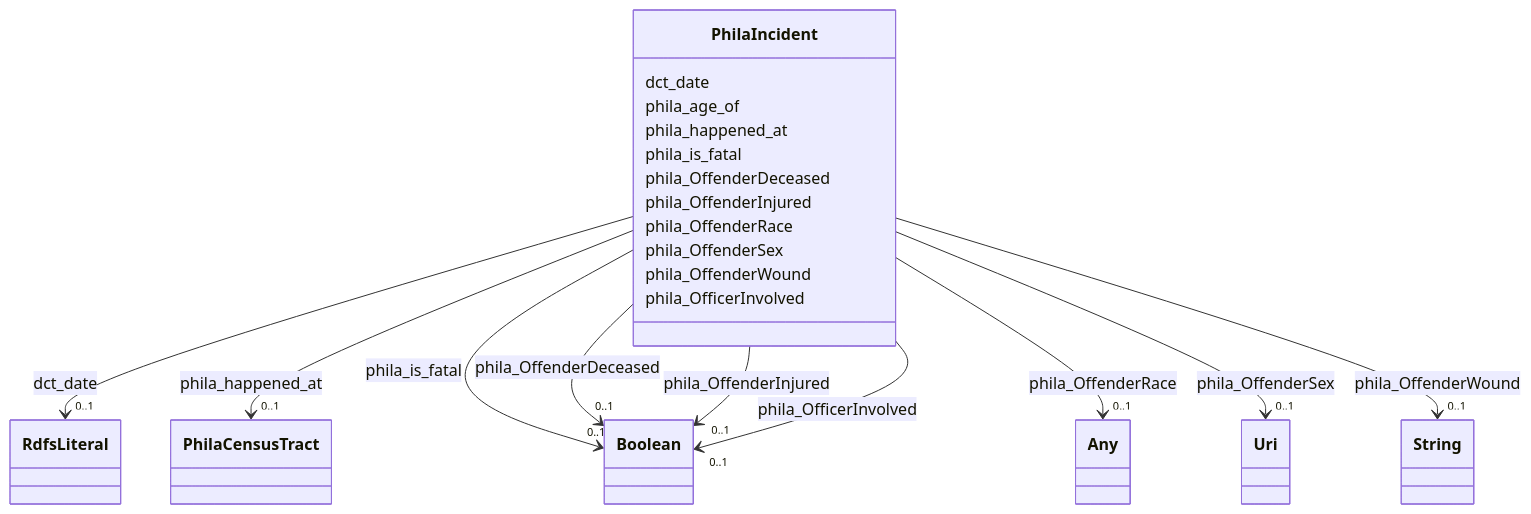
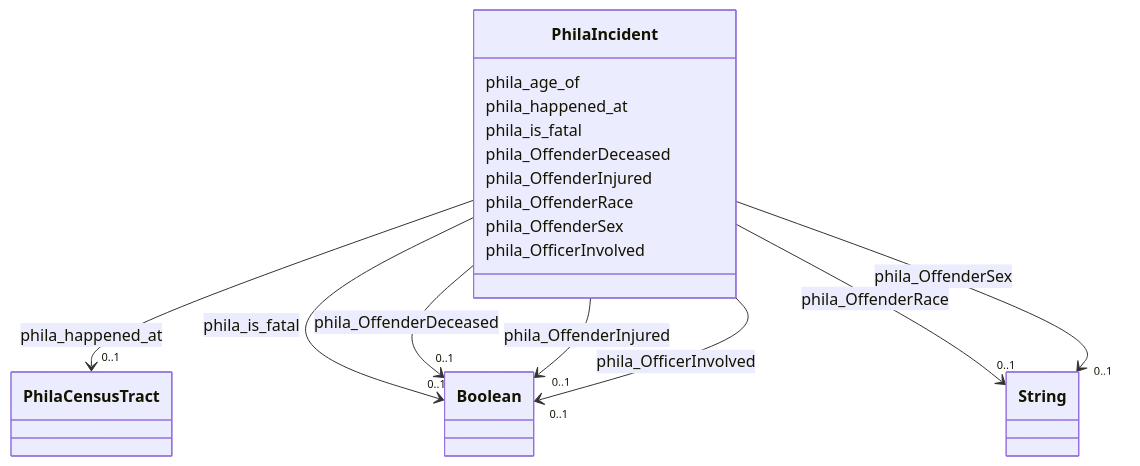
The diagram in neighborhood-kg/classes/PhilaIncident.md (frink-okn/graph-descriptions), drawn with Mermaid before and after one commit. The commit also changed other lines of this file and 58 other files, not shown here.

```diff
--- a/neighborhood-kg/classes/PhilaIncident.md
+++ b/neighborhood-kg/classes/PhilaIncident.md
@@ -19,15 +19,6 @@
  classDiagram
     class PhilaIncident
     click PhilaIncident href "../PhilaIncident"
-      PhilaIncident : dct_date
-        
-          
-    
-    
-    PhilaIncident --> "0..1" RdfsLiteral : dct_date
-    click RdfsLiteral href "../RdfsLiteral"
-
-        
       PhilaIncident : phila_age_of
         
       PhilaIncident : phila_happened_at
@@ -71,8 +62,8 @@
           
     
     
-    PhilaIncident --> "0..1" Any : phila_OffenderRace
-    click Any href "../Any"
+    PhilaIncident --> "0..1" String : phila_OffenderRace
+    click String href "../String"
 
         
       PhilaIncident : phila_OffenderSex
@@ -80,16 +71,7 @@
           
     
     
-    PhilaIncident --> "0..1" Uri : phila_OffenderSex
-    click Uri href "../Uri"
-
-        
-      PhilaIncident : phila_OffenderWound
-        
-          
-    
-    
-    PhilaIncident --> "0..1" String : phila_OffenderWound
+    PhilaIncident --> "0..1" String : phila_OffenderSex
     click String href "../String"
 
         
```
